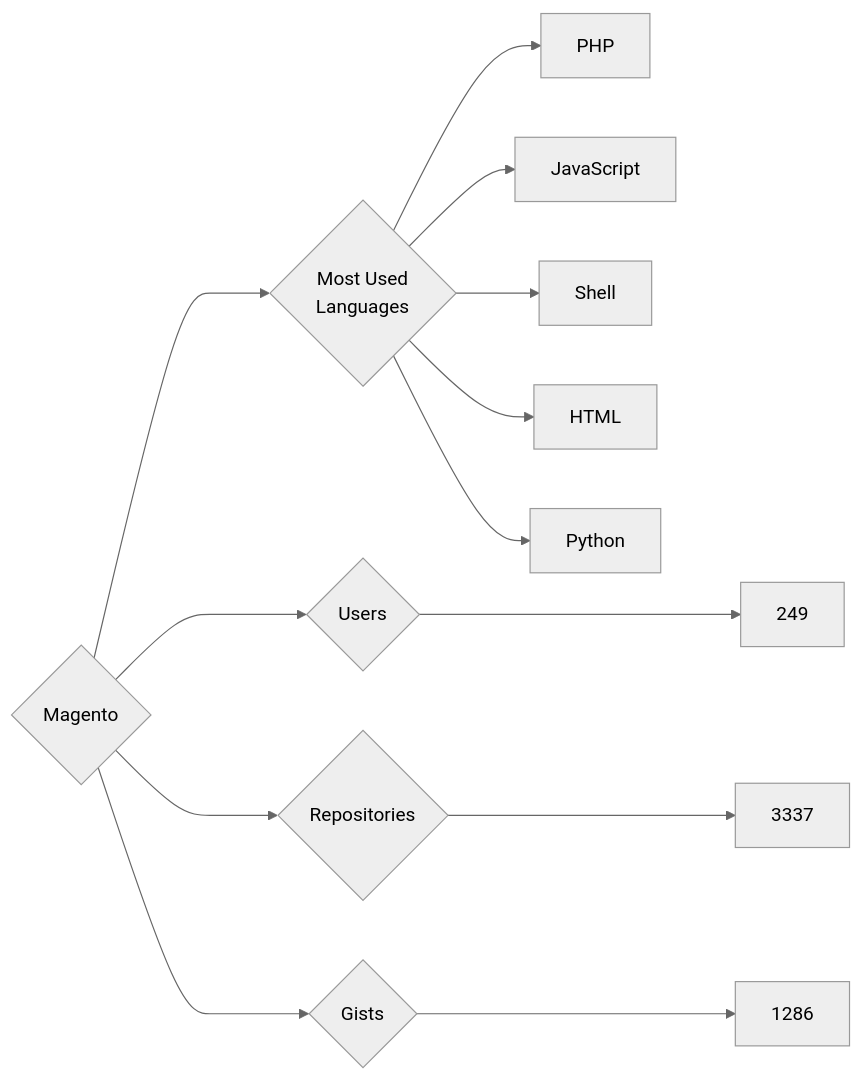
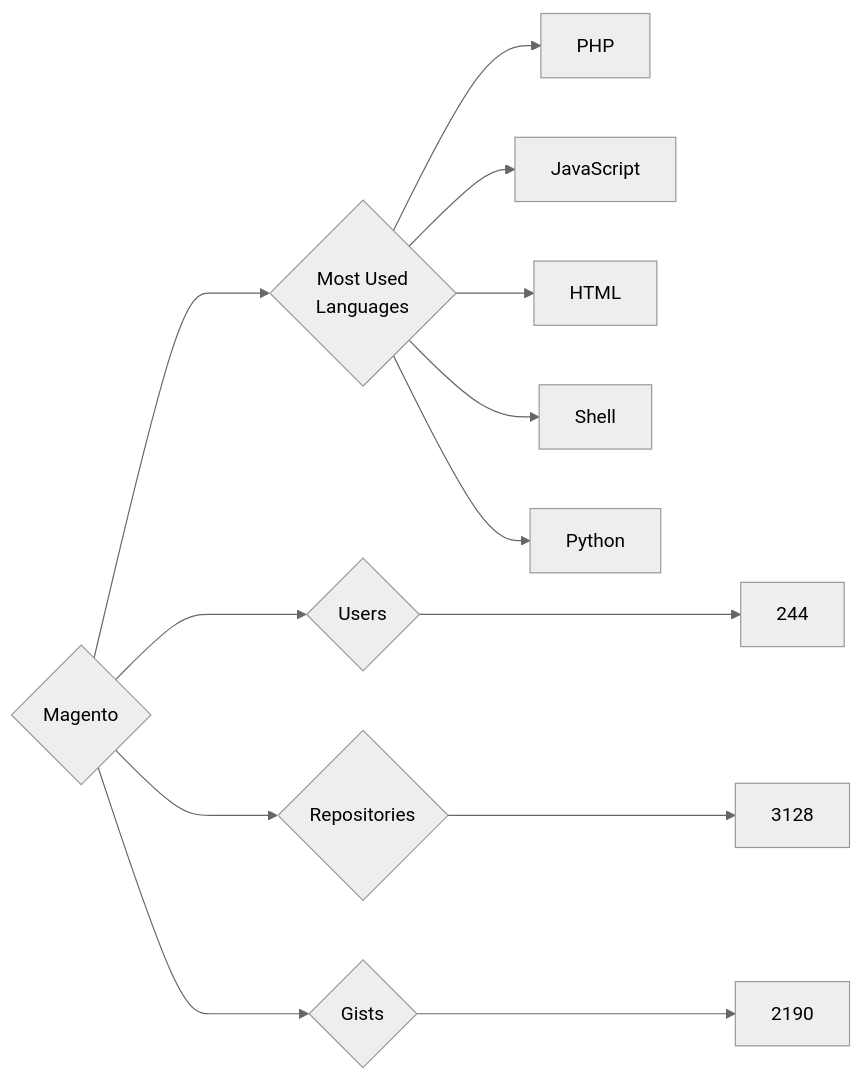
Before and after one commit to trickest/insiders: the diagram in targets/Magento/README.md, drawn with Mermaid (neutral theme). The commit also changed 891 other files, not shown here.

````diff
--- a/targets/Magento/README.md
+++ b/targets/Magento/README.md
@@ -3,13 +3,13 @@
 ```mermaid
 graph LR
 COMPANY_NAME{Magento}
-COMPANY_NAME ---> U{Users} ---> UN[249]
-COMPANY_NAME ---> R{Repositories} ---> RN[3337]
-COMPANY_NAME ---> G{Gists} ---> GN[1286]
+COMPANY_NAME ---> U{Users} ---> UN[244]
+COMPANY_NAME ---> R{Repositories} ---> RN[3128]
+COMPANY_NAME ---> G{Gists} ---> GN[2190]
 COMPANY_NAME ---> ML{Most Used<br>Languages}
 ML --> PHP[PHP]
 ML --> JavaScript[JavaScript]
+ML --> HTML[HTML]
 ML --> Shell[Shell]
-ML --> HTML[HTML]
 ML --> Python[Python]
 ```
````
